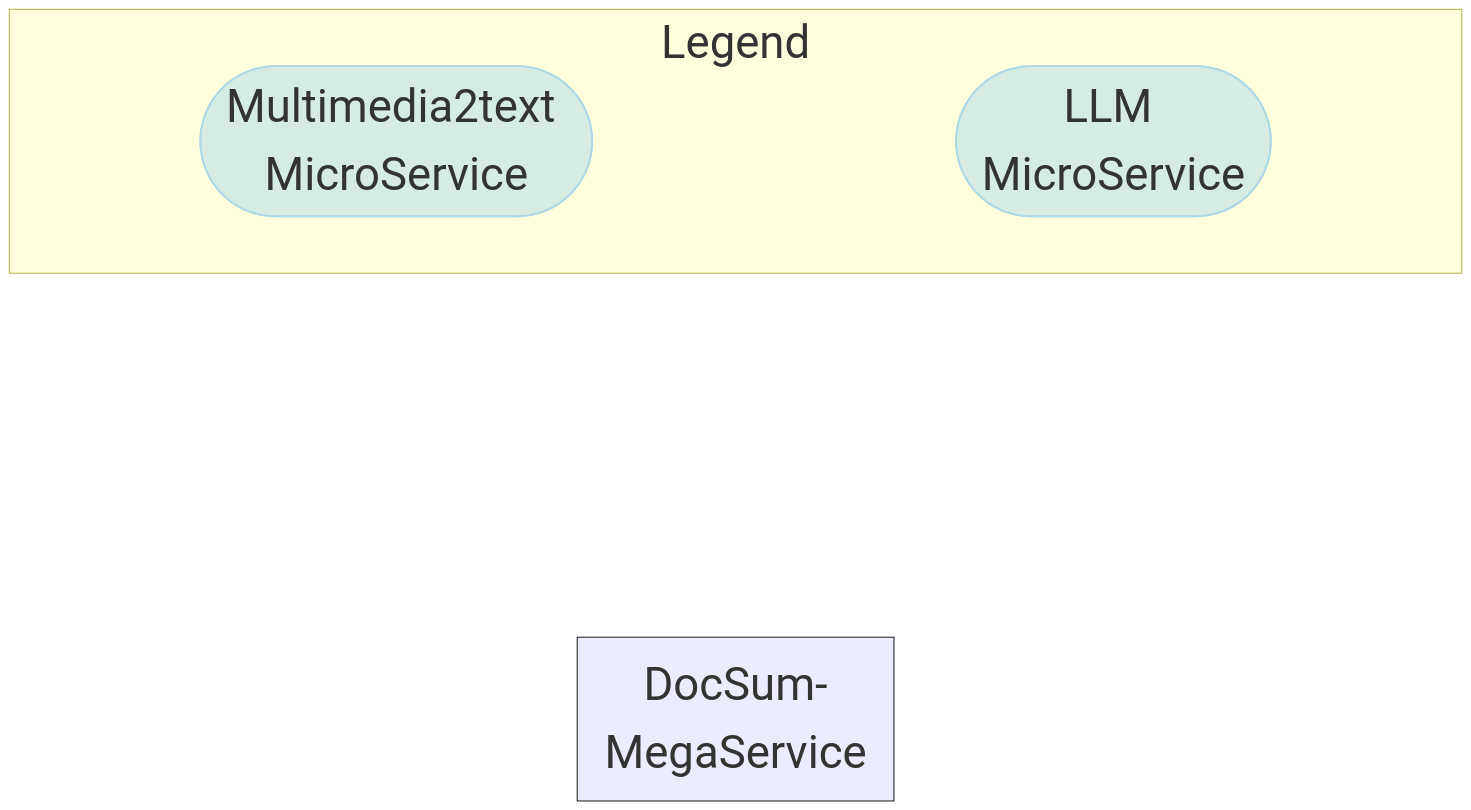
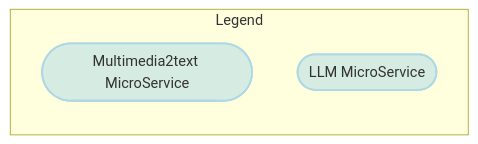
One commit to opea-project/GenAIExamples changed the first of 2 diagrams in DocSum/README.md. Above: the diagram before and after it, drawn with Mermaid.

Commit message:
update read me file

````diff
--- a/DocSum/README.md
+++ b/DocSum/README.md
@@ -110,24 +120,15 @@
 ```mermaid
----
-config:
-  flowchart:
-    nodeSpacing: 400
-    rankSpacing: 100
-    curve: linear
-  themeVariables:
-    fontSize: 50px
----
+
 flowchart LR
     %% Colors %%
     classDef blue fill:#ADD8E6,stroke:#ADD8E6,stroke-width:2px,fill-opacity:0.5
     classDef orange fill:#FBAA60,stroke:#ADD8E6,stroke-width:2px,fill-opacity:0.5
     classDef orchid fill:#C26DBC,stroke:#ADD8E6,stroke-width:2px,fill-opacity:0.5
     classDef invisible fill:transparent,stroke:transparent;
-    style DocSum-MegaService stroke:#000000
-
+    
     subgraph Legend[" Legend "]
         M2T([Multimedia2text MicroService]):::blue
         LLM([LLM MicroService]):::blue   
     end
 
 ```
````
